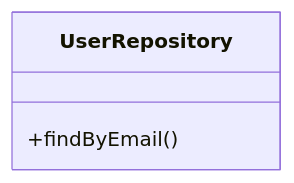
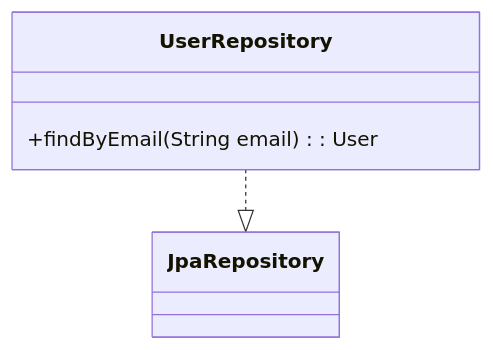
One commit to UniOfGreenwich/elee1149-coursework--team-chlk changed the third of 4 diagrams in class_diagrams/user_classes.md. Above: the diagram before and after it, drawn with Mermaid. The commit also changed other lines of this file, not shown here.

Commit message:
adding user classes diagrams

````diff
--- a/class_diagrams/user_classes.md
+++ b/class_diagrams/user_classes.md
@@ -40,4 +45,7 @@
 ```mermaid
 classDiagram
-UserRepository: +findByEmail()
+class UserRepository {
+    +findByEmail(String email) : User
+}
+UserRepository ..|> JpaRepository
 ```
````
